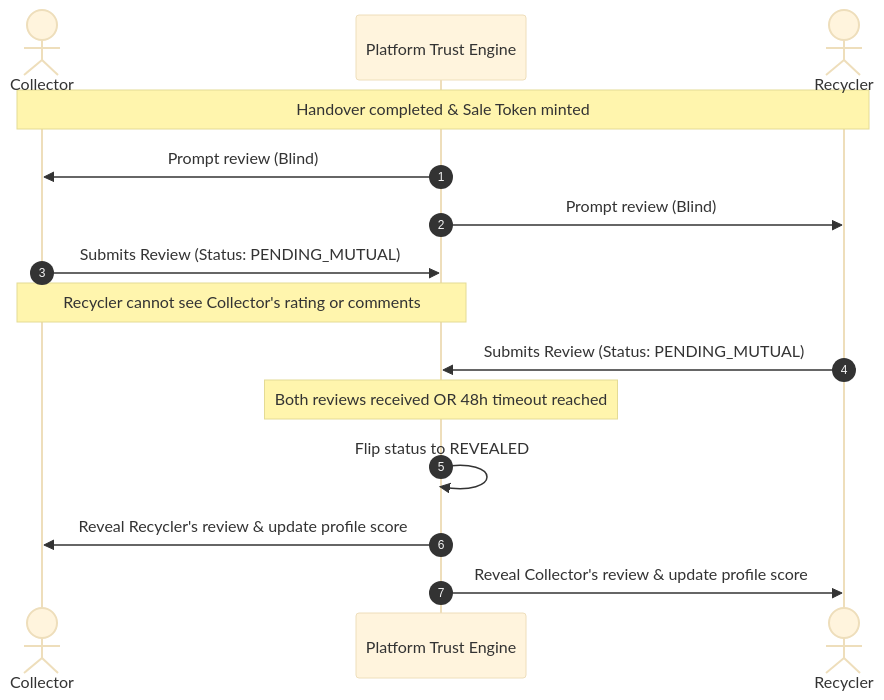
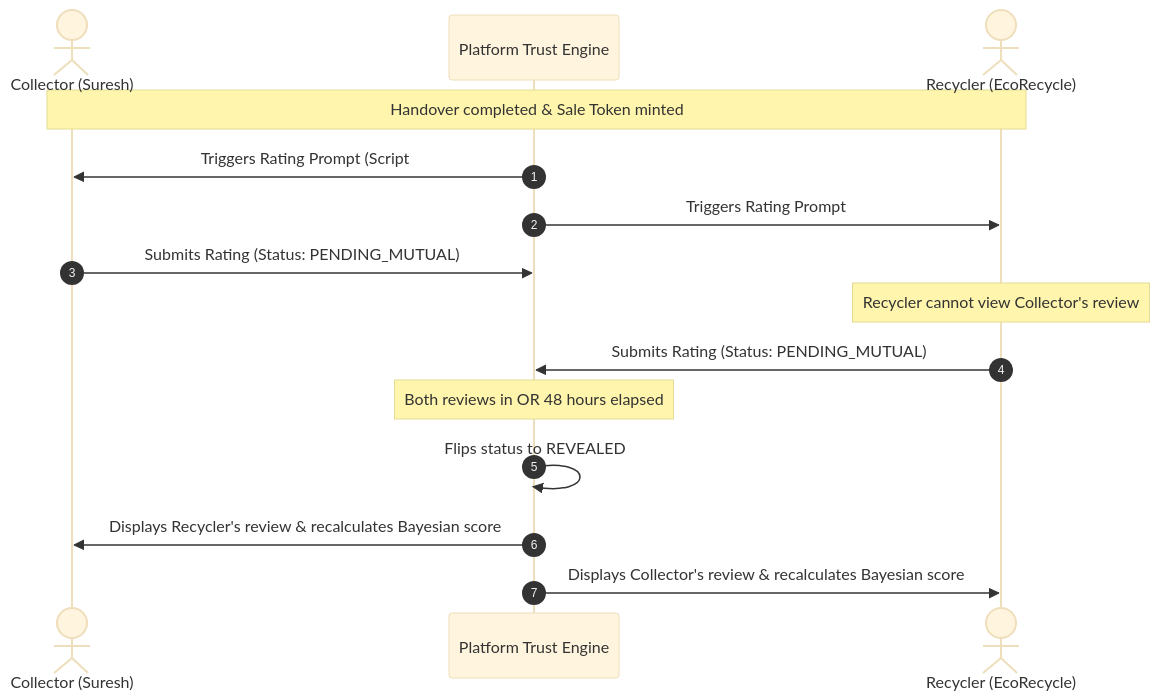
Before and after one commit to krishnamry/kabadiwala-connect: the second of 2 diagrams in FEATURE_DESIGN_AND_PROGRESS.md, drawn with Mermaid (base theme). The commit also changed other lines of this file, not shown here.

Commit message:
docs: sync 100% completion status in FEATURE_DESIGN_AND_PROGRESS.md

````diff
--- a/FEATURE_DESIGN_AND_PROGRESS.md
+++ b/FEATURE_DESIGN_AND_PROGRESS.md
@@ -292,18 +84,18 @@
 ```mermaid
 sequenceDiagram
     autonumber
-    actor Collector
-    participant Platform as Platform Trust Engine
-    actor Recycler
+    actor Collector as Collector (Suresh)
+    participant Engine as Platform Trust Engine
+    actor Recycler as Recycler (EcoRecycle)
     
     Note over Collector,Recycler: Handover completed & Sale Token minted
-    Platform->>Collector: Prompt review (Blind)
-    Platform->>Recycler: Prompt review (Blind)
-    Collector->>Platform: Submits Review (Status: PENDING_MUTUAL)
-    Note over Collector,Platform: Recycler cannot see Collector's rating or comments
-    Recycler->>Platform: Submits Review (Status: PENDING_MUTUAL)
-    Note over Platform: Both reviews received OR 48h timeout reached
-    Platform->>Platform: Flip status to REVEALED
-    Platform->>Collector: Reveal Recycler's review & update profile score
-    Platform->>Recycler: Reveal Collector's review & update profile score
+    Engine->>Collector: Triggers Rating Prompt (Script #11)
+    Engine->>Recycler: Triggers Rating Prompt
+    Collector->>Engine: Submits Rating (Status: PENDING_MUTUAL)
+    Note over Recycler: Recycler cannot view Collector's review
+    Recycler->>Engine: Submits Rating (Status: PENDING_MUTUAL)
+    Note over Engine: Both reviews in OR 48 hours elapsed
+    Engine->>Engine: Flips status to REVEALED
+    Engine->>Collector: Displays Recycler's review & recalculates Bayesian score
+    Engine->>Recycler: Displays Collector's review & recalculates Bayesian score
 ```
````
